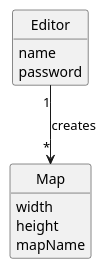
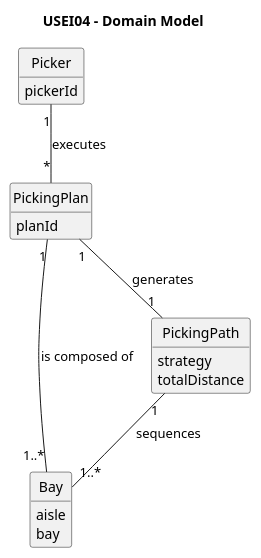
The diagram in src/SPRINT1/ESINF/USEI04/02.analysis/puml/US001-DM.puml (Departamento-de-Engenharia-Informatica/sem3-pi-25-26-g023-repo), drawn with PlantUML before and after one commit.

Commit message:
add analysys puml

```diff
--- a/src/SPRINT1/ESINF/USEI04/02.analysis/puml/US001-DM.puml
+++ b/src/SPRINT1/ESINF/USEI04/02.analysis/puml/US001-DM.puml
@@ -1,29 +1,31 @@
 @startuml
 
-
+title USEI04 - Domain Model
 
 hide circle
 hide methods
 
-'title Domain Model
-
-
-
-class Map {
-    width
-    height
-    mapName
+class Picker {
+  pickerId
 }
 
-
-class Editor {
-    name
-    password
+class PickingPlan {
+  planId
 }
 
+class Bay {
+  aisle
+  bay
+}
 
+class PickingPath {
+  strategy
+  totalDistance
+}
 
-Editor "1" --> "*" Map : creates
-
+Picker "1" -- "*" PickingPlan : executes
+PickingPlan "1" -- "1" PickingPath : generates
+PickingPlan "1" -- "1..*" Bay : is composed of
+PickingPath "1" -- "1..*" Bay : sequences
 
 @enduml
```
